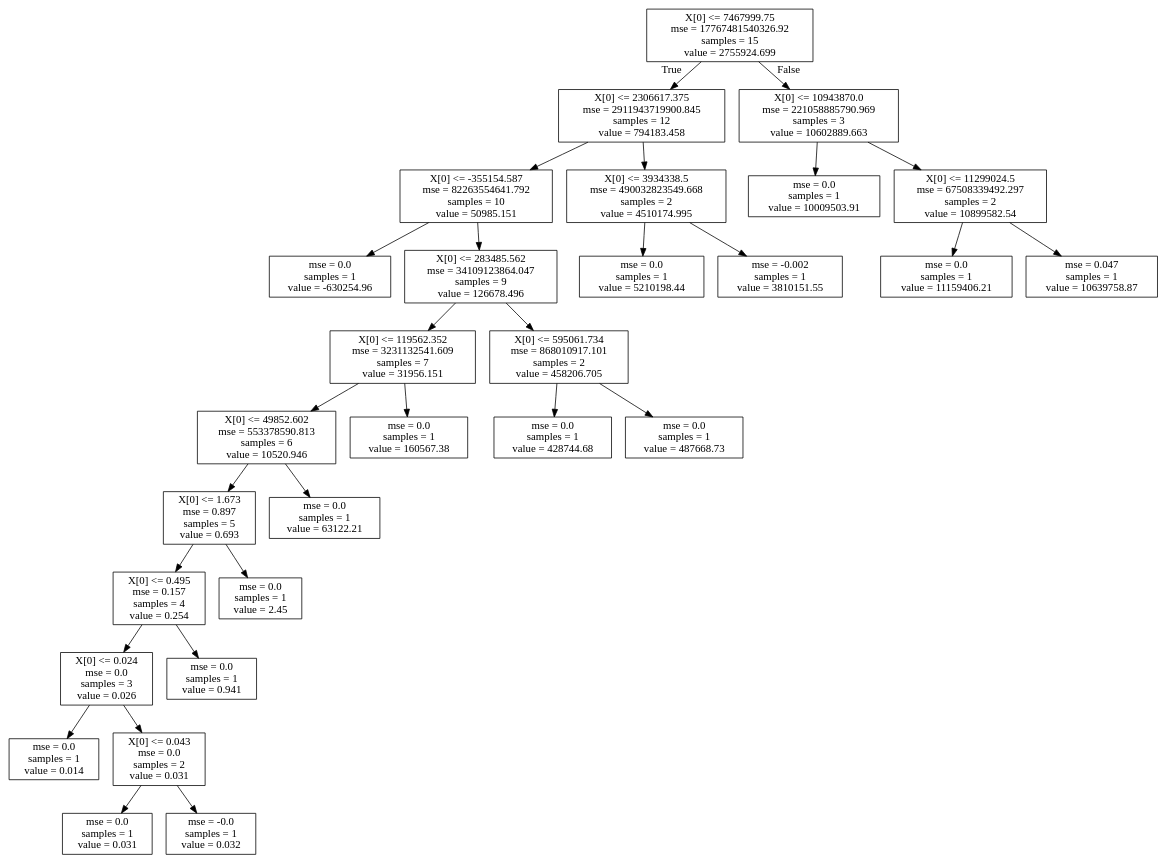
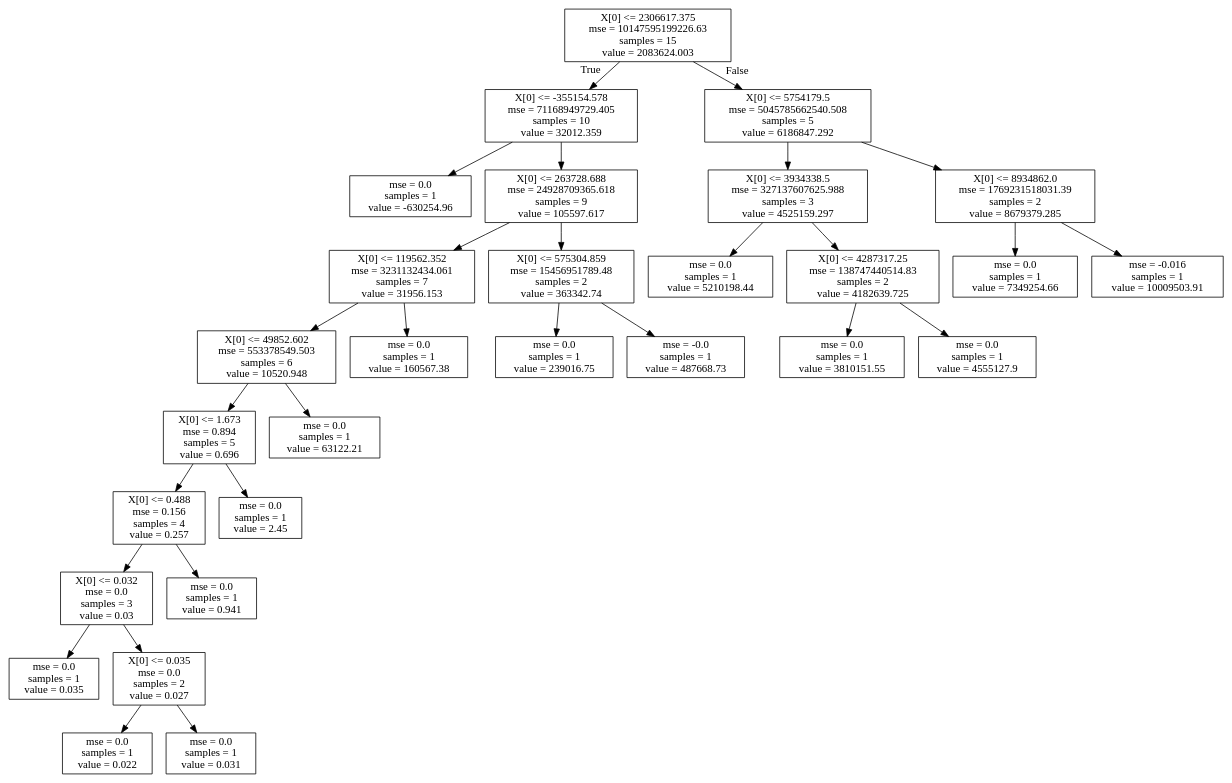
Before and after one commit to Dimitrios-Mourtzilas/Business-Strategy: the diagram in dot_tree.dot, drawn with Graphviz. The commit also changed 37 other files, not shown here.

```diff
--- a/dot_tree.dot
+++ b/dot_tree.dot
@@ -1,60 +1,60 @@
 digraph Tree {
 node [shape=box] ;
-0 [label="X[0] <= 7467999.75\nmse = 17767481540326.92\nsamples = 15\nvalue = 2755924.699"] ;
-1 [label="X[0] <= 2306617.375\nmse = 2911943719900.845\nsamples = 12\nvalue = 794183.458"] ;
+0 [label="X[0] <= 2306617.375\nmse = 10147595199226.63\nsamples = 15\nvalue = 2083624.003"] ;
+1 [label="X[0] <= -355154.578\nmse = 71168949729.405\nsamples = 10\nvalue = 32012.359"] ;
 0 -> 1 [labeldistance=2.5, labelangle=45, headlabel="True"] ;
-2 [label="X[0] <= -355154.587\nmse = 82263554641.792\nsamples = 10\nvalue = 50985.151"] ;
+2 [label="mse = 0.0\nsamples = 1\nvalue = -630254.96"] ;
 1 -> 2 ;
-3 [label="mse = 0.0\nsamples = 1\nvalue = -630254.96"] ;
-2 -> 3 ;
-4 [label="X[0] <= 283485.562\nmse = 34109123864.047\nsamples = 9\nvalue = 126678.496"] ;
-2 -> 4 ;
-5 [label="X[0] <= 119562.352\nmse = 3231132541.609\nsamples = 7\nvalue = 31956.151"] ;
+3 [label="X[0] <= 263728.688\nmse = 24928709365.618\nsamples = 9\nvalue = 105597.617"] ;
+1 -> 3 ;
+4 [label="X[0] <= 119562.352\nmse = 3231132434.061\nsamples = 7\nvalue = 31956.153"] ;
+3 -> 4 ;
+5 [label="X[0] <= 49852.602\nmse = 553378549.503\nsamples = 6\nvalue = 10520.948"] ;
 4 -> 5 ;
-6 [label="X[0] <= 49852.602\nmse = 553378590.813\nsamples = 6\nvalue = 10520.946"] ;
+6 [label="X[0] <= 1.673\nmse = 0.894\nsamples = 5\nvalue = 0.696"] ;
 5 -> 6 ;
-7 [label="X[0] <= 1.673\nmse = 0.897\nsamples = 5\nvalue = 0.693"] ;
+7 [label="X[0] <= 0.488\nmse = 0.156\nsamples = 4\nvalue = 0.257"] ;
 6 -> 7 ;
-8 [label="X[0] <= 0.495\nmse = 0.157\nsamples = 4\nvalue = 0.254"] ;
+8 [label="X[0] <= 0.032\nmse = 0.0\nsamples = 3\nvalue = 0.03"] ;
 7 -> 8 ;
-9 [label="X[0] <= 0.024\nmse = 0.0\nsamples = 3\nvalue = 0.026"] ;
+9 [label="mse = 0.0\nsamples = 1\nvalue = 0.035"] ;
 8 -> 9 ;
-10 [label="mse = 0.0\nsamples = 1\nvalue = 0.014"] ;
-9 -> 10 ;
-11 [label="X[0] <= 0.043\nmse = 0.0\nsamples = 2\nvalue = 0.031"] ;
-9 -> 11 ;
+10 [label="X[0] <= 0.035\nmse = 0.0\nsamples = 2\nvalue = 0.027"] ;
+8 -> 10 ;
+11 [label="mse = 0.0\nsamples = 1\nvalue = 0.022"] ;
+10 -> 11 ;
 12 [label="mse = 0.0\nsamples = 1\nvalue = 0.031"] ;
-11 -> 12 ;
-13 [label="mse = -0.0\nsamples = 1\nvalue = 0.032"] ;
-11 -> 13 ;
-14 [label="mse = 0.0\nsamples = 1\nvalue = 0.941"] ;
-8 -> 14 ;
-15 [label="mse = 0.0\nsamples = 1\nvalue = 2.45"] ;
-7 -> 15 ;
-16 [label="mse = 0.0\nsamples = 1\nvalue = 63122.21"] ;
-6 -> 16 ;
-17 [label="mse = 0.0\nsamples = 1\nvalue = 160567.38"] ;
-5 -> 17 ;
-18 [label="X[0] <= 595061.734\nmse = 868010917.101\nsamples = 2\nvalue = 458206.705"] ;
-4 -> 18 ;
-19 [label="mse = 0.0\nsamples = 1\nvalue = 428744.68"] ;
-18 -> 19 ;
-20 [label="mse = 0.0\nsamples = 1\nvalue = 487668.73"] ;
-18 -> 20 ;
-21 [label="X[0] <= 3934338.5\nmse = 490032823549.668\nsamples = 2\nvalue = 4510174.995"] ;
-1 -> 21 ;
+10 -> 12 ;
+13 [label="mse = 0.0\nsamples = 1\nvalue = 0.941"] ;
+7 -> 13 ;
+14 [label="mse = 0.0\nsamples = 1\nvalue = 2.45"] ;
+6 -> 14 ;
+15 [label="mse = 0.0\nsamples = 1\nvalue = 63122.21"] ;
+5 -> 15 ;
+16 [label="mse = 0.0\nsamples = 1\nvalue = 160567.38"] ;
+4 -> 16 ;
+17 [label="X[0] <= 575304.859\nmse = 15456951789.48\nsamples = 2\nvalue = 363342.74"] ;
+3 -> 17 ;
+18 [label="mse = 0.0\nsamples = 1\nvalue = 239016.75"] ;
+17 -> 18 ;
+19 [label="mse = -0.0\nsamples = 1\nvalue = 487668.73"] ;
+17 -> 19 ;
+20 [label="X[0] <= 5754179.5\nmse = 5045785662540.508\nsamples = 5\nvalue = 6186847.292"] ;
+0 -> 20 [labeldistance=2.5, labelangle=-45, headlabel="False"] ;
+21 [label="X[0] <= 3934338.5\nmse = 327137607625.988\nsamples = 3\nvalue = 4525159.297"] ;
+20 -> 21 ;
 22 [label="mse = 0.0\nsamples = 1\nvalue = 5210198.44"] ;
 21 -> 22 ;
-23 [label="mse = -0.002\nsamples = 1\nvalue = 3810151.55"] ;
+23 [label="X[0] <= 4287317.25\nmse = 138747440514.83\nsamples = 2\nvalue = 4182639.725"] ;
 21 -> 23 ;
-24 [label="X[0] <= 10943870.0\nmse = 221058885790.969\nsamples = 3\nvalue = 10602889.663"] ;
-0 -> 24 [labeldistance=2.5, labelangle=-45, headlabel="False"] ;
-25 [label="mse = 0.0\nsamples = 1\nvalue = 10009503.91"] ;
-24 -> 25 ;
-26 [label="X[0] <= 11299024.5\nmse = 67508339492.297\nsamples = 2\nvalue = 10899582.54"] ;
-24 -> 26 ;
-27 [label="mse = 0.0\nsamples = 1\nvalue = 11159406.21"] ;
+24 [label="mse = 0.0\nsamples = 1\nvalue = 3810151.55"] ;
+23 -> 24 ;
+25 [label="mse = 0.0\nsamples = 1\nvalue = 4555127.9"] ;
+23 -> 25 ;
+26 [label="X[0] <= 8934862.0\nmse = 1769231518031.39\nsamples = 2\nvalue = 8679379.285"] ;
+20 -> 26 ;
+27 [label="mse = 0.0\nsamples = 1\nvalue = 7349254.66"] ;
 26 -> 27 ;
-28 [label="mse = 0.047\nsamples = 1\nvalue = 10639758.87"] ;
+28 [label="mse = -0.016\nsamples = 1\nvalue = 10009503.91"] ;
 26 -> 28 ;
 }
```
